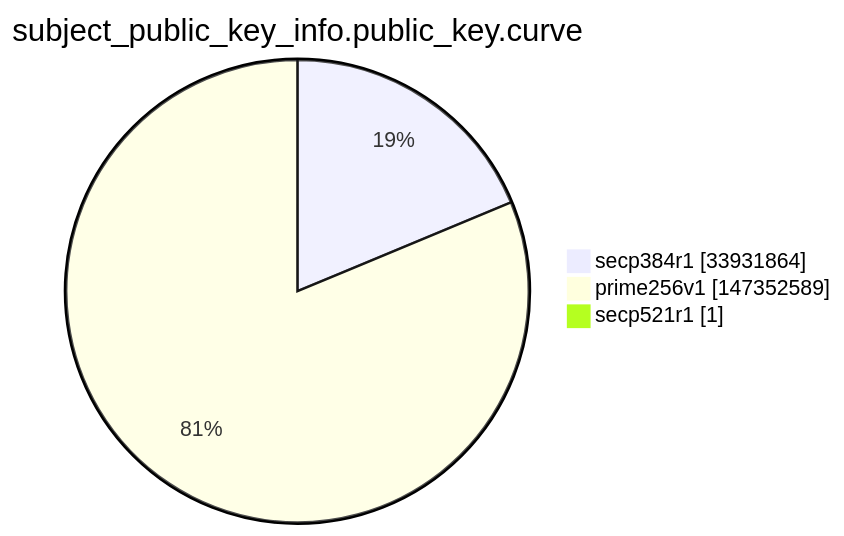
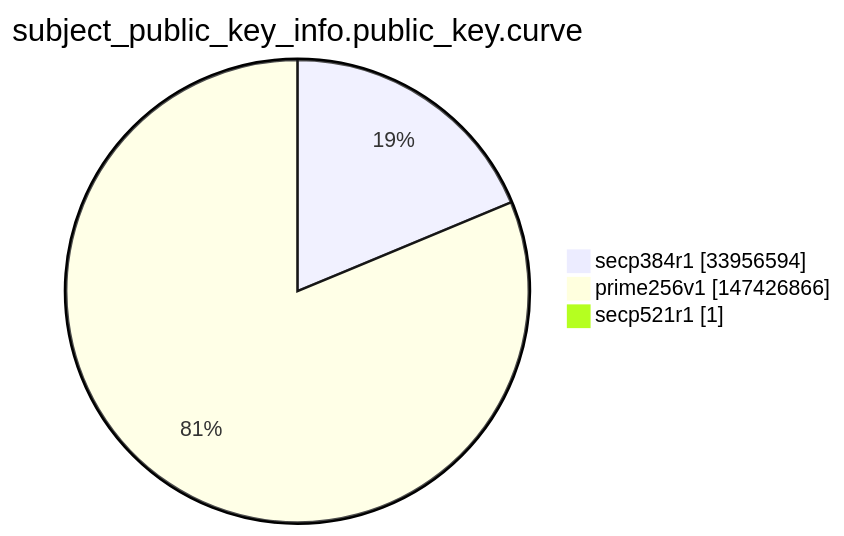
The ninth of 15 diagrams in argon2022/README.md (christiankrug/ctmonitor_visualization), drawn with Mermaid before and after one commit. The commit also changed other lines of this file, not shown here.

````diff
--- a/argon2022/README.md
+++ b/argon2022/README.md
@@ -2764,7 +2764,7 @@
 ```mermaid
 pie showData
 title subject_public_key_info.public_key.curve
-"secp384r1" :33931864
-"prime256v1" :147352589
+"secp384r1" :33956594
+"prime256v1" :147426866
 "secp521r1" :1
 ```
````
